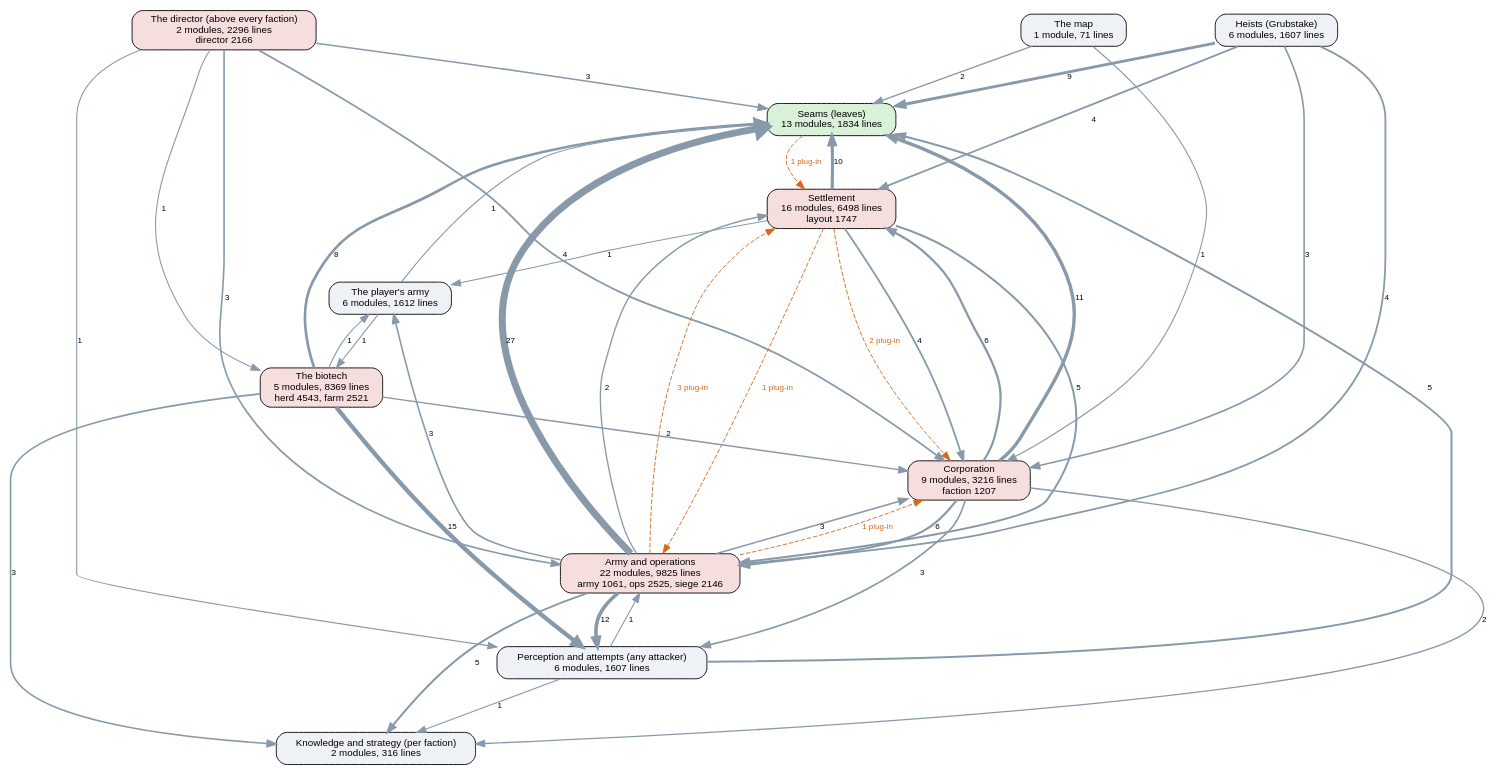
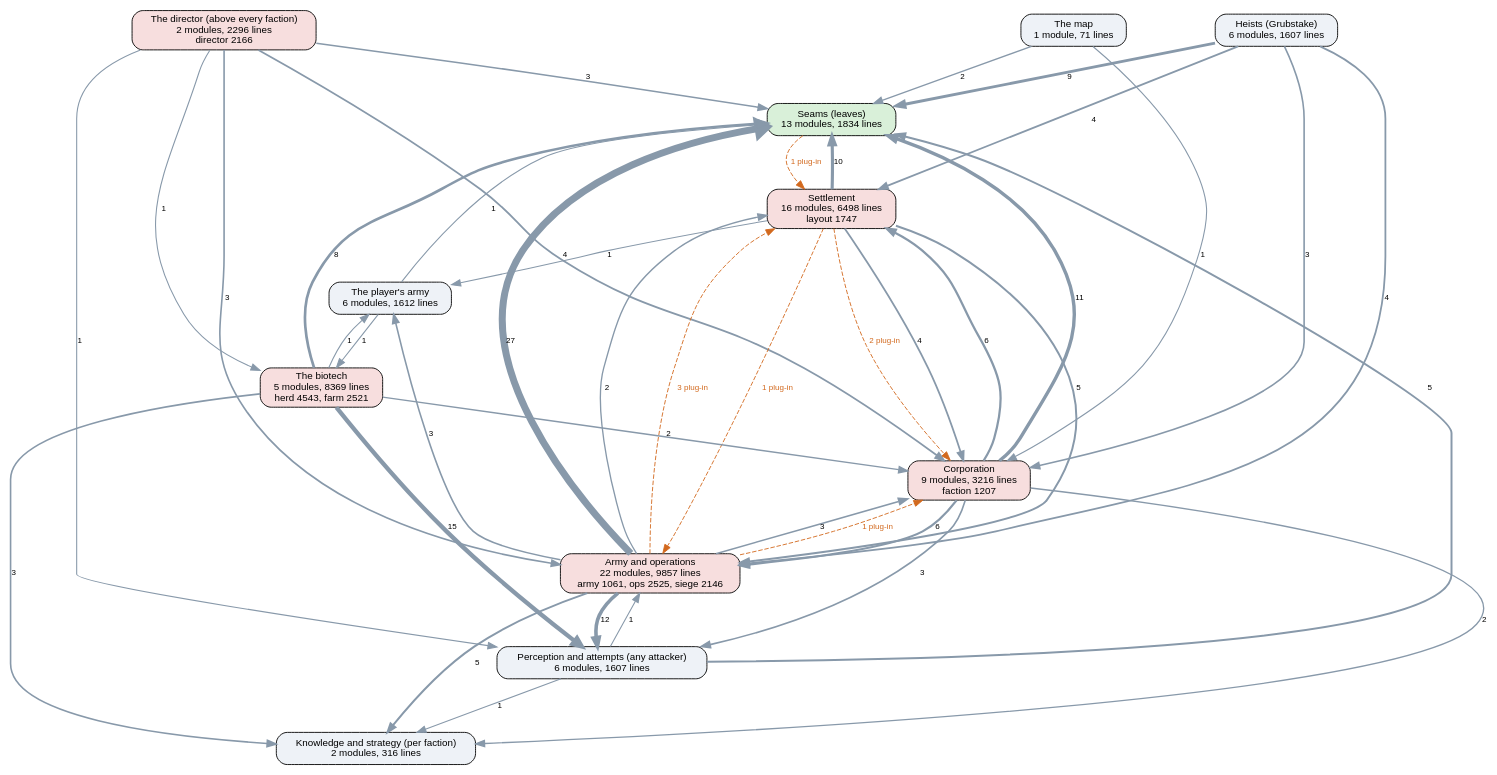
Before and after one commit to kinelhu/landing-party: the diagram in docs/ai-layers.dot, drawn with Graphviz. The commit also changed 14 other files, not shown here.

```diff
--- a/docs/ai-layers.dot
+++ b/docs/ai-layers.dot
@@ -1,57 +1,57 @@
 digraph layers {
   graph [rankdir=TB, fontname="Helvetica", nodesep=0.5, ranksep=0.7];
   node [shape=box, style="rounded,filled", fontname="Helvetica", fontsize=11, fillcolor="#eef2f7"];
   edge [color="#8899aa", fontname="Helvetica", fontsize=9];
   "Seams (leaves)" [label="Seams (leaves)\n13 modules, 1834 lines", fillcolor="#d9f0d9"];
   "Perception and attempts (any attacker)" [label="Perception and attempts (any attacker)\n6 modules, 1607 lines", fillcolor="#eef2f7"];
   "Knowledge and strategy (per faction)" [label="Knowledge and strategy (per faction)\n2 modules, 316 lines", fillcolor="#eef2f7"];
   "The director (above every faction)" [label="The director (above every faction)\n2 modules, 2296 lines\ndirector 2166", fillcolor="#f7dede"];
   "Corporation" [label="Corporation\n9 modules, 3216 lines\nfaction 1207", fillcolor="#f7dede"];
   "Settlement" [label="Settlement\n16 modules, 6498 lines\nlayout 1747", fillcolor="#f7dede"];
-  "Army and operations" [label="Army and operations\n22 modules, 9825 lines\narmy 1061, ops 2525, siege 2146", fillcolor="#f7dede"];
+  "Army and operations" [label="Army and operations\n22 modules, 9857 lines\narmy 1061, ops 2525, siege 2146", fillcolor="#f7dede"];
   "Heists (Grubstake)" [label="Heists (Grubstake)\n6 modules, 1607 lines", fillcolor="#eef2f7"];
   "The biotech" [label="The biotech\n5 modules, 8369 lines\nherd 4543, farm 2521", fillcolor="#f7dede"];
   "The map" [label="The map\n1 module, 71 lines", fillcolor="#eef2f7"];
   "The player's army" [label="The player's army\n6 modules, 1612 lines", fillcolor="#eef2f7"];
   "Army and operations" -> "Corporation" [label="3", penwidth=1.8];
   "Army and operations" -> "Knowledge and strategy (per faction)" [label="5", penwidth=2.2];
   "Army and operations" -> "Perception and attempts (any attacker)" [label="12", penwidth=4.0];
   "Army and operations" -> "Seams (leaves)" [label="27", penwidth=7.8];
   "Army and operations" -> "Settlement" [label="2", penwidth=1.5];
   "Army and operations" -> "The player's army" [label="3", penwidth=1.8];
   "Corporation" -> "Army and operations" [label="6", penwidth=2.5];
   "Corporation" -> "Knowledge and strategy (per faction)" [label="2", penwidth=1.5];
   "Corporation" -> "Perception and attempts (any attacker)" [label="3", penwidth=1.8];
   "Corporation" -> "Seams (leaves)" [label="11", penwidth=3.8];
   "Corporation" -> "Settlement" [label="6", penwidth=2.5];
   "Heists (Grubstake)" -> "Army and operations" [label="4", penwidth=2.0];
   "Heists (Grubstake)" -> "Corporation" [label="3", penwidth=1.8];
   "Heists (Grubstake)" -> "Seams (leaves)" [label="9", penwidth=3.2];
   "Heists (Grubstake)" -> "Settlement" [label="4", penwidth=2.0];
   "Perception and attempts (any attacker)" -> "Army and operations" [label="1", penwidth=1.2];
   "Perception and attempts (any attacker)" -> "Knowledge and strategy (per faction)" [label="1", penwidth=1.2];
   "Perception and attempts (any attacker)" -> "Seams (leaves)" [label="5", penwidth=2.2];
   "Settlement" -> "Army and operations" [label="5", penwidth=2.2];
   "Settlement" -> "Corporation" [label="4", penwidth=2.0];
   "Settlement" -> "Seams (leaves)" [label="10", penwidth=3.5];
   "Settlement" -> "The player's army" [label="1", penwidth=1.2];
   "The biotech" -> "Corporation" [label="2", penwidth=1.5];
   "The biotech" -> "Knowledge and strategy (per faction)" [label="3", penwidth=1.8];
   "The biotech" -> "Perception and attempts (any attacker)" [label="15", penwidth=4.8];
   "The biotech" -> "Seams (leaves)" [label="8", penwidth=3.0];
   "The biotech" -> "The player's army" [label="1", penwidth=1.2];
   "The director (above every faction)" -> "Army and operations" [label="3", penwidth=1.8];
   "The director (above every faction)" -> "Corporation" [label="4", penwidth=2.0];
   "The director (above every faction)" -> "Perception and attempts (any attacker)" [label="1", penwidth=1.2];
   "The director (above every faction)" -> "Seams (leaves)" [label="3", penwidth=1.8];
   "The director (above every faction)" -> "The biotech" [label="1", penwidth=1.2];
   "The map" -> "Corporation" [label="1", penwidth=1.2];
   "The map" -> "Seams (leaves)" [label="2", penwidth=1.5];
   "The player's army" -> "Seams (leaves)" [label="1", penwidth=1.2];
   "The player's army" -> "The biotech" [label="1", penwidth=1.2];
   "Army and operations" -> "Corporation" [style=dashed, color="#d2691e", fontcolor="#d2691e", label="1 plug-in"];
   "Army and operations" -> "Settlement" [style=dashed, color="#d2691e", fontcolor="#d2691e", label="3 plug-in"];
   "Seams (leaves)" -> "Settlement" [style=dashed, color="#d2691e", fontcolor="#d2691e", label="1 plug-in"];
   "Settlement" -> "Army and operations" [style=dashed, color="#d2691e", fontcolor="#d2691e", label="1 plug-in"];
   "Settlement" -> "Corporation" [style=dashed, color="#d2691e", fontcolor="#d2691e", label="2 plug-in"];
 }
```
